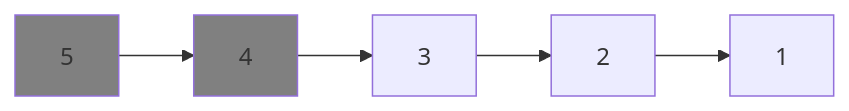
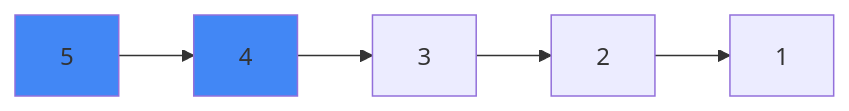
One commit to sharief007/dev-docs changed the second of 11 diagrams in content/sorting-algorithms/bubble-sort.md. Above: the diagram before and after it, drawn with Mermaid. The commit also changed other lines of this file, not shown here.

Commit message:
change color from grey to blue

````diff
--- a/content/sorting-algorithms/bubble-sort.md
+++ b/content/sorting-algorithms/bubble-sort.md
@@ -29,10 +29,10 @@
 ```mermaid
 graph LR
     A[5] --> B[4]
     B --> C[3]
     C --> D[2]
     D --> E[1]
 
-    style A fill: grey
-    style B fill: grey
+    style A fill: #4287f5
+    style B fill: #4287f5
 ```
````
